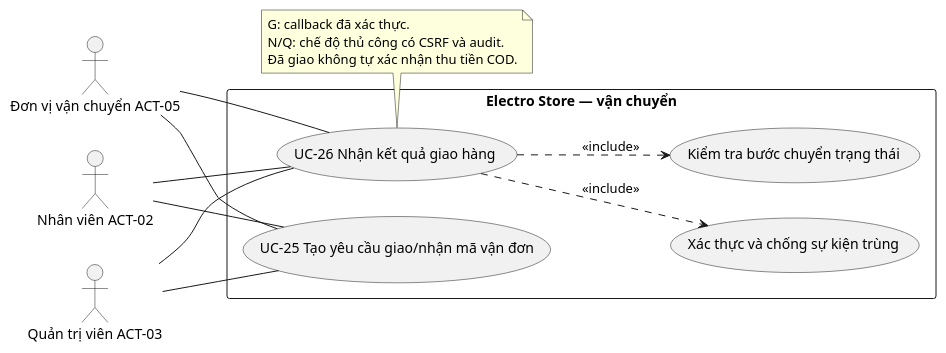
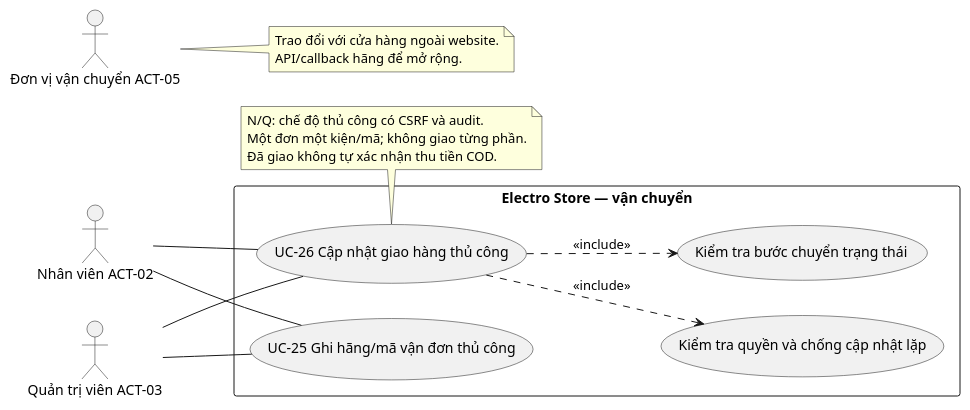
The diagram in docs/diagrams/05_van_chuyen.puml (hungpkaa/x-y-d-ng-web-b-n-h-ng-i-n-t-cho-m-t-c-a-h-ng), drawn with PlantUML before and after one commit. The commit also changed 134 other files, not shown here.

```diff
--- a/docs/diagrams/05_van_chuyen.puml
+++ b/docs/diagrams/05_van_chuyen.puml
@@ -1,25 +1,27 @@
 @startuml
 left to right direction
 actor "Đơn vị vận chuyển ACT-05" as G
 actor "Nhân viên ACT-02" as N
 actor "Quản trị viên ACT-03" as Q
 rectangle "Electro Store — vận chuyển" {
-  usecase "UC-25 Tạo yêu cầu giao/nhận mã vận đơn" as U25
-  usecase "UC-26 Nhận kết quả giao hàng" as U26
-  usecase "Xác thực và chống sự kiện trùng" as verify
+  usecase "UC-25 Ghi hãng/mã vận đơn thủ công" as U25
+  usecase "UC-26 Cập nhật giao hàng thủ công" as U26
+  usecase "Kiểm tra quyền và chống cập nhật lặp" as verify
   usecase "Kiểm tra bước chuyển trạng thái" as transition
 }
-G -- U25
-G -- U26
+note right of G
+Trao đổi với cửa hàng ngoài website.
+API/callback hãng để mở rộng.
+end note
 N -- U25
 Q -- U25
 N -- U26
 Q -- U26
 U26 ..> verify : <<include>>
 U26 ..> transition : <<include>>
 note bottom of U26
-G: callback đã xác thực.
 N/Q: chế độ thủ công có CSRF và audit.
+Một đơn một kiện/mã; không giao từng phần.
 Đã giao không tự xác nhận thu tiền COD.
 end note
 @enduml
```
